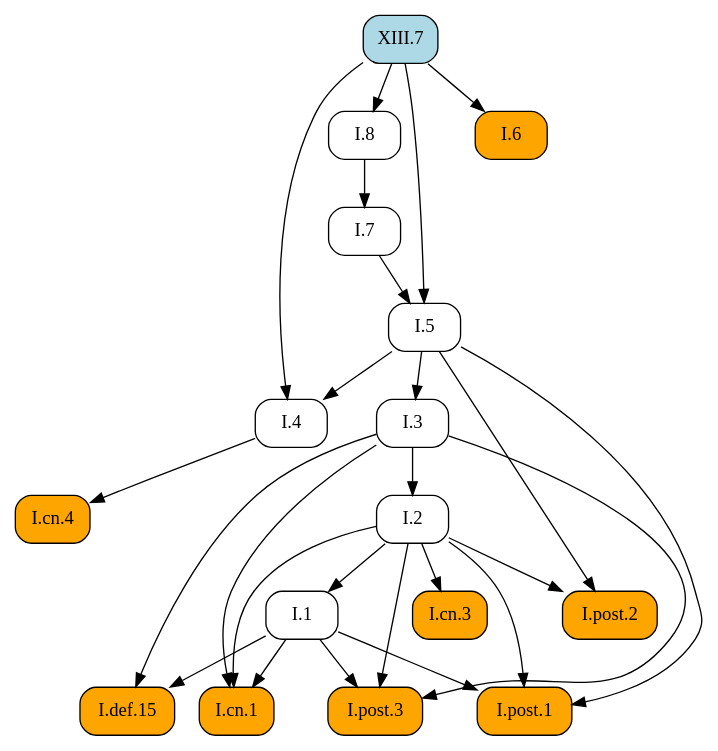
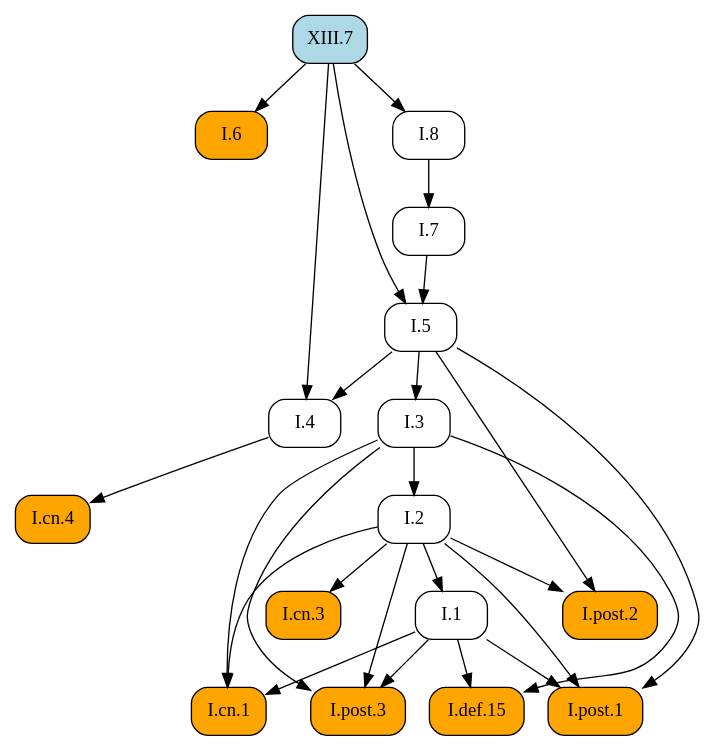
One commit to geometor/elements changed the diagram in docsrc/heath/XIII/7/index.rst. Above: the diagram before and after it, drawn with Graphviz. The commit also changed other lines of this file and 1029 other files, not shown here.

```diff
--- a/docsrc/heath/XIII/7/index.rst
+++ b/docsrc/heath/XIII/7/index.rst
@@ -56,47 +56,47 @@
 .. graphviz::
 
    digraph {
      rankdir="TB";
      node [shape=box, style=rounded];
      "I.def.15" [style="rounded,filled", fillcolor=orange, URL="/heath/I/def.15/", target="_top"];
+     "I.post.3" [style="rounded,filled", fillcolor=orange, URL="/heath/I/post.3/", target="_top"];
      "I.1" [URL="/heath/I/1/", target="_top"];
+     "I.7" [URL="/heath/I/7/", target="_top"];
+     "I.6" [style="rounded,filled", fillcolor=orange, URL="/heath/I/6/", target="_top"];
+     "I.3" [URL="/heath/I/3/", target="_top"];
+     "I.cn.1" [style="rounded,filled", fillcolor=orange, URL="/heath/I/cn.1/", target="_top"];
+     "I.8" [URL="/heath/I/8/", target="_top"];
+     "I.cn.3" [style="rounded,filled", fillcolor=orange, URL="/heath/I/cn.3/", target="_top"];
+     "I.cn.4" [style="rounded,filled", fillcolor=orange, URL="/heath/I/cn.4/", target="_top"];
+     "I.4" [URL="/heath/I/4/", target="_top"];
+     "I.2" [URL="/heath/I/2/", target="_top"];
+     "XIII.7" [style="rounded,filled", fillcolor=lightblue, URL="/heath/XIII/7/", target="_top"];
+     "I.post.1" [style="rounded,filled", fillcolor=orange, URL="/heath/I/post.1/", target="_top"];
+     "I.post.2" [style="rounded,filled", fillcolor=orange, URL="/heath/I/post.2/", target="_top"];
      "I.5" [URL="/heath/I/5/", target="_top"];
-     "I.post.3" [style="rounded,filled", fillcolor=orange, URL="/heath/I/post.3/", target="_top"];
-     "I.post.1" [style="rounded,filled", fillcolor=orange, URL="/heath/I/post.1/", target="_top"];
-     "I.cn.3" [style="rounded,filled", fillcolor=orange, URL="/heath/I/cn.3/", target="_top"];
-     "I.7" [URL="/heath/I/7/", target="_top"];
-     "I.4" [URL="/heath/I/4/", target="_top"];
-     "XIII.7" [style="rounded,filled", fillcolor=lightblue, URL="/heath/XIII/7/", target="_top"];
-     "I.3" [URL="/heath/I/3/", target="_top"];
-     "I.cn.4" [style="rounded,filled", fillcolor=orange, URL="/heath/I/cn.4/", target="_top"];
-     "I.8" [URL="/heath/I/8/", target="_top"];
-     "I.cn.1" [style="rounded,filled", fillcolor=orange, URL="/heath/I/cn.1/", target="_top"];
-     "I.post.2" [style="rounded,filled", fillcolor=orange, URL="/heath/I/post.2/", target="_top"];
-     "I.2" [URL="/heath/I/2/", target="_top"];
-     "I.6" [style="rounded,filled", fillcolor=orange, URL="/heath/I/6/", target="_top"];
      "I.1" -> "I.def.15";
      "I.3" -> "I.def.15";
-     "I.2" -> "I.1";
-     "I.7" -> "I.5";
-     "XIII.7" -> "I.5";
      "I.1" -> "I.post.3";
      "I.2" -> "I.post.3";
      "I.3" -> "I.post.3";
+     "I.2" -> "I.1";
+     "I.8" -> "I.7";
+     "XIII.7" -> "I.6";
+     "I.5" -> "I.3";
+     "I.1" -> "I.cn.1";
+     "I.2" -> "I.cn.1";
+     "I.3" -> "I.cn.1";
+     "XIII.7" -> "I.8";
+     "I.2" -> "I.cn.3";
+     "I.4" -> "I.cn.4";
+     "I.5" -> "I.4";
+     "XIII.7" -> "I.4";
+     "I.3" -> "I.2";
      "I.1" -> "I.post.1";
      "I.2" -> "I.post.1";
      "I.5" -> "I.post.1";
-     "I.2" -> "I.cn.3";
-     "I.8" -> "I.7";
-     "I.5" -> "I.4";
-     "XIII.7" -> "I.4";
-     "I.5" -> "I.3";
-     "I.4" -> "I.cn.4";
-     "XIII.7" -> "I.8";
-     "I.1" -> "I.cn.1";
-     "I.2" -> "I.cn.1";
-     "I.3" -> "I.cn.1";
      "I.2" -> "I.post.2";
      "I.5" -> "I.post.2";
-     "I.3" -> "I.2";
-     "XIII.7" -> "I.6";
+     "I.7" -> "I.5";
+     "XIII.7" -> "I.5";
    }
```
